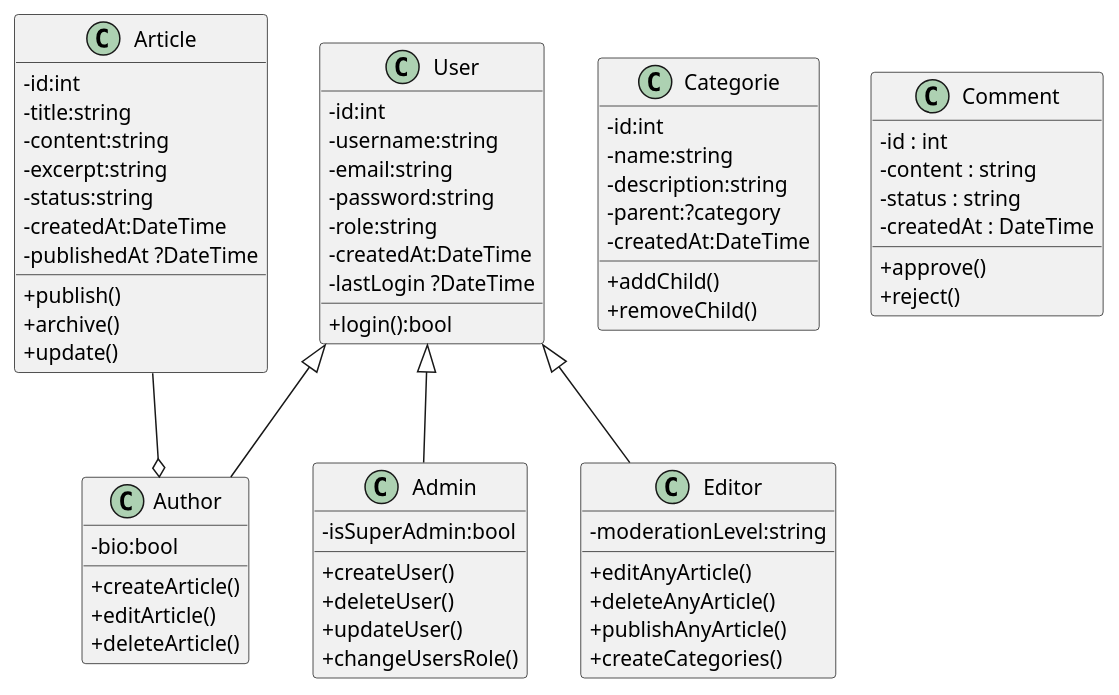
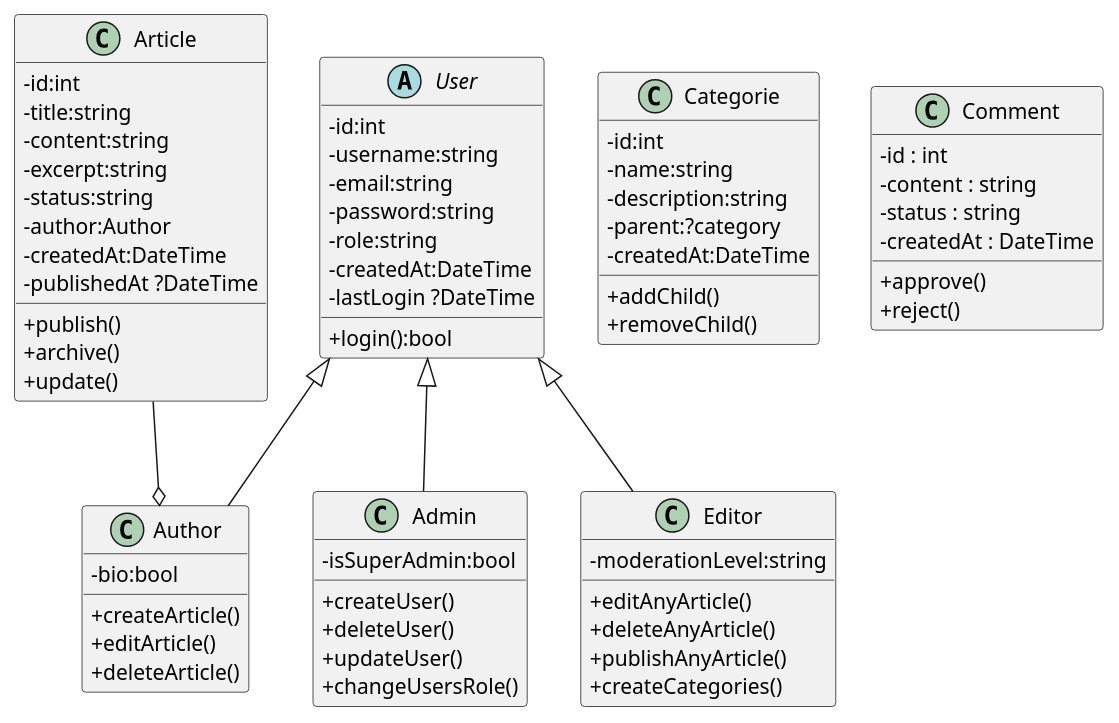
One commit to SaiKYouBoi/BLOGCMS_CONSOLE changed the diagram in diagrams/classdiagram.puml. Above: the diagram before and after it, drawn with PlantUML. The commit also changed 2 other files, not shown here.

```diff
--- a/diagrams/classdiagram.puml
+++ b/diagrams/classdiagram.puml
@@ -1,104 +1,105 @@
-@startuml ZAMTOFIK
+@startuml BLOGCMS
  
 skinparam ClassAttributeIconSize 0
 
-class User{
+abstract class User{
     -id:int
     -username:string
     -email:string
     -password:string
     -role:string
     -createdAt:DateTime
     -lastLogin ?DateTime
 
     +login():bool
 }
 
 class Author{
     -bio:bool
 
     +createArticle()
     +editArticle()
     +deleteArticle()
 
     ' +createNewArticle()
     ' +editDeleteHisArticle()
 }
 
 class Admin{
     -isSuperAdmin:bool
     +createUser()
     +deleteUser()
     +updateUser()
 
     ' +createEditDeleteAllUsers()
     ' +editDeleteAllaarticles()
     ' +manageAllCategories()
     ' +accessStatistics()
 
     +changeUsersRole()
 }
 
 class Editor{
     -moderationLevel:string
 
     +editAnyArticle()
     +deleteAnyArticle()
     +publishAnyArticle()
     +createCategories()
 
 
     ' +editDeleteAllarticles
     ' +manageCategories()
     ' +shareArticle()
     ' +moderateComment()
 }
 
 class Article{
     -id:int
     -title:string
     -content:string
     -excerpt:string
     -status:string
+    -author:Author
     -createdAt:DateTime
     -publishedAt ?DateTime
 
     +publish()
     +archive()
     +update()
 
 }
 
 class Categorie{
     -id:int
     -name:string
     -description:string
     -parent:?category
     -createdAt:DateTime
 
     +addChild()
     +removeChild()
 }
 
 class Comment {
   - id : int
   - content : string
   - status : string
   - createdAt : DateTime
 
   + approve()
   + reject() 
 }
 
 
 User <|-- Admin
 User <|-- Author
 User <|-- Editor
 
 
 Article --o Author
 
 
 
 
 @enduml
```
